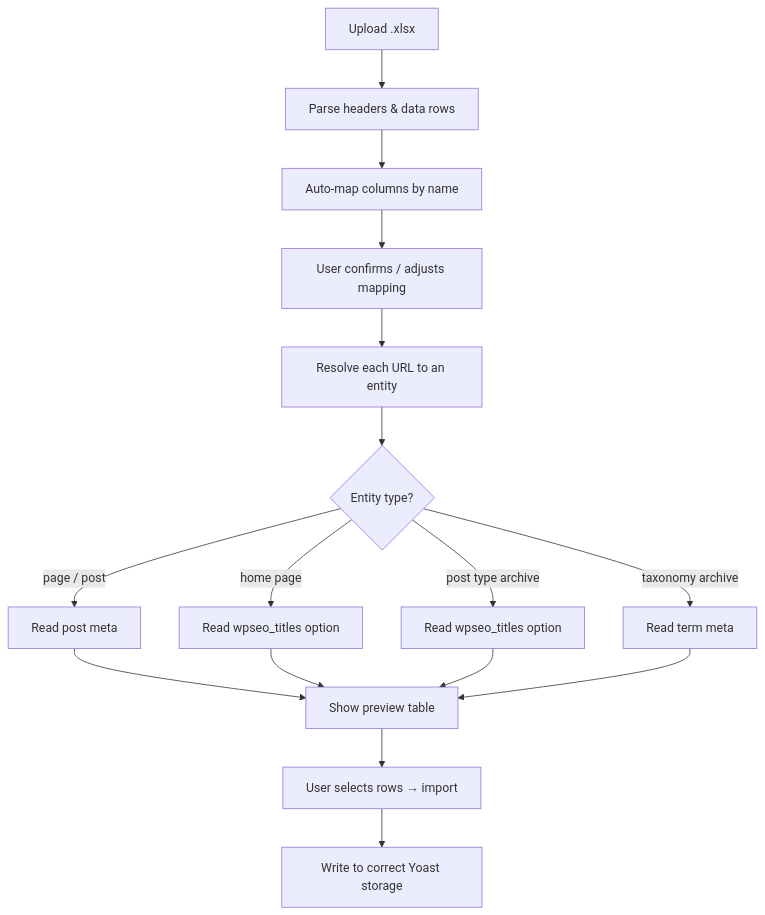
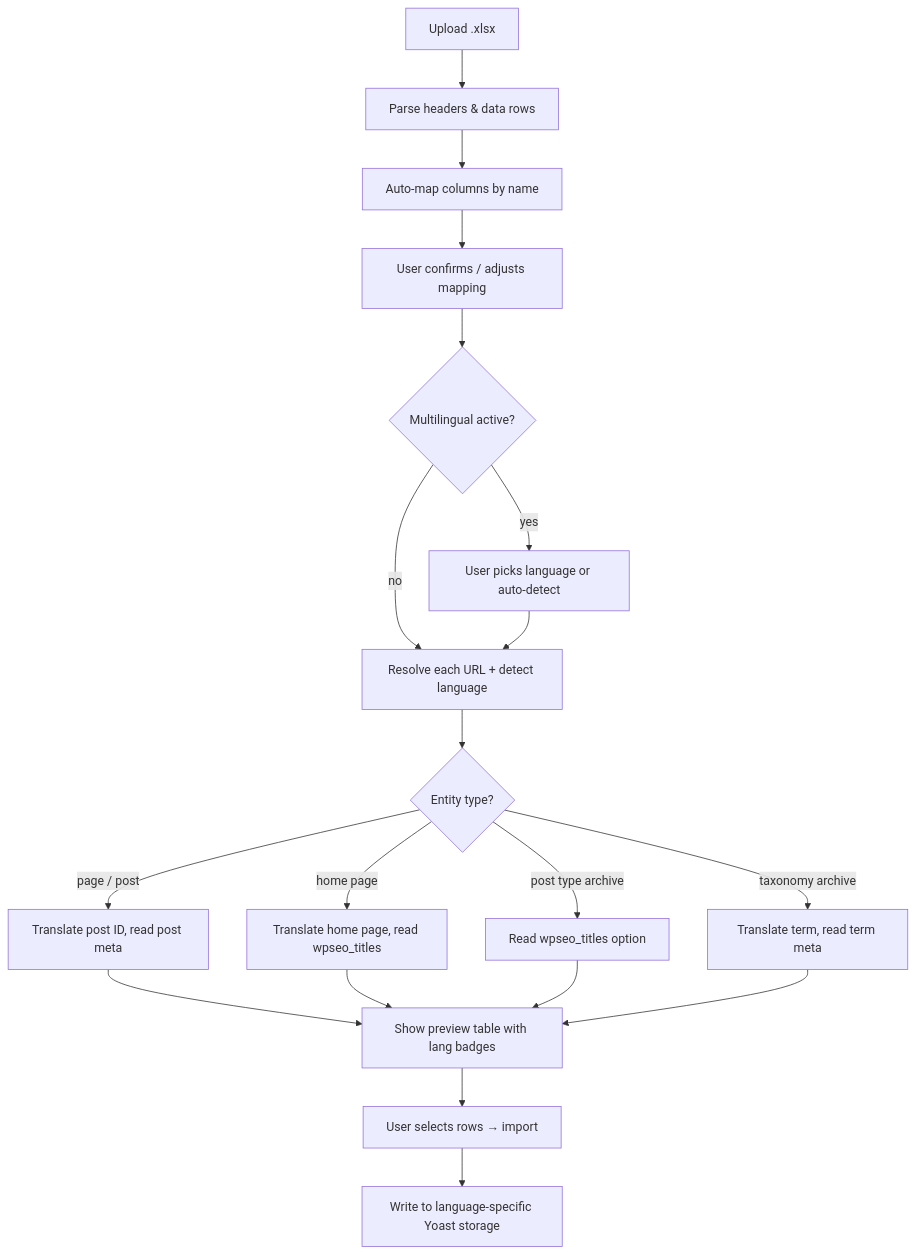
Before and after one commit to DeBelserArne/wp-yoast-meta-import: the diagram in README.md, drawn with Mermaid. The commit also changed other lines of this file and 4 other files, not shown here.

Commit message:
feat: WPML/Polylang multilingual support with auto-detect and per-file language picker

````diff
--- a/README.md
+++ b/README.md
@@ -70,18 +120,21 @@
 ```mermaid
 flowchart TD
     A[Upload .xlsx] --> B[Parse headers & data rows]
     B --> C[Auto-map columns by name]
     C --> D[User confirms / adjusts mapping]
-    D --> E[Resolve each URL to an entity]
+    D --> D2{Multilingual active?}
+    D2 -->|yes| D3[User picks language or auto-detect]
+    D2 -->|no| E
+    D3 --> E[Resolve each URL + detect language]
     E --> F{Entity type?}
-    F -->|page / post| G[Read post meta]
-    F -->|home page| H[Read wpseo_titles option]
+    F -->|page / post| G[Translate post ID, read post meta]
+    F -->|home page| H[Translate home page, read wpseo_titles]
     F -->|post type archive| I[Read wpseo_titles option]
-    F -->|taxonomy archive| J[Read term meta]
-    G --> K[Show preview table]
+    F -->|taxonomy archive| J[Translate term, read term meta]
+    G --> K[Show preview table with lang badges]
     H --> K
     I --> K
     J --> K
     K --> L[User selects rows → import]
-    L --> M[Write to correct Yoast storage]
+    L --> M[Write to language-specific Yoast storage]
 ```
````
